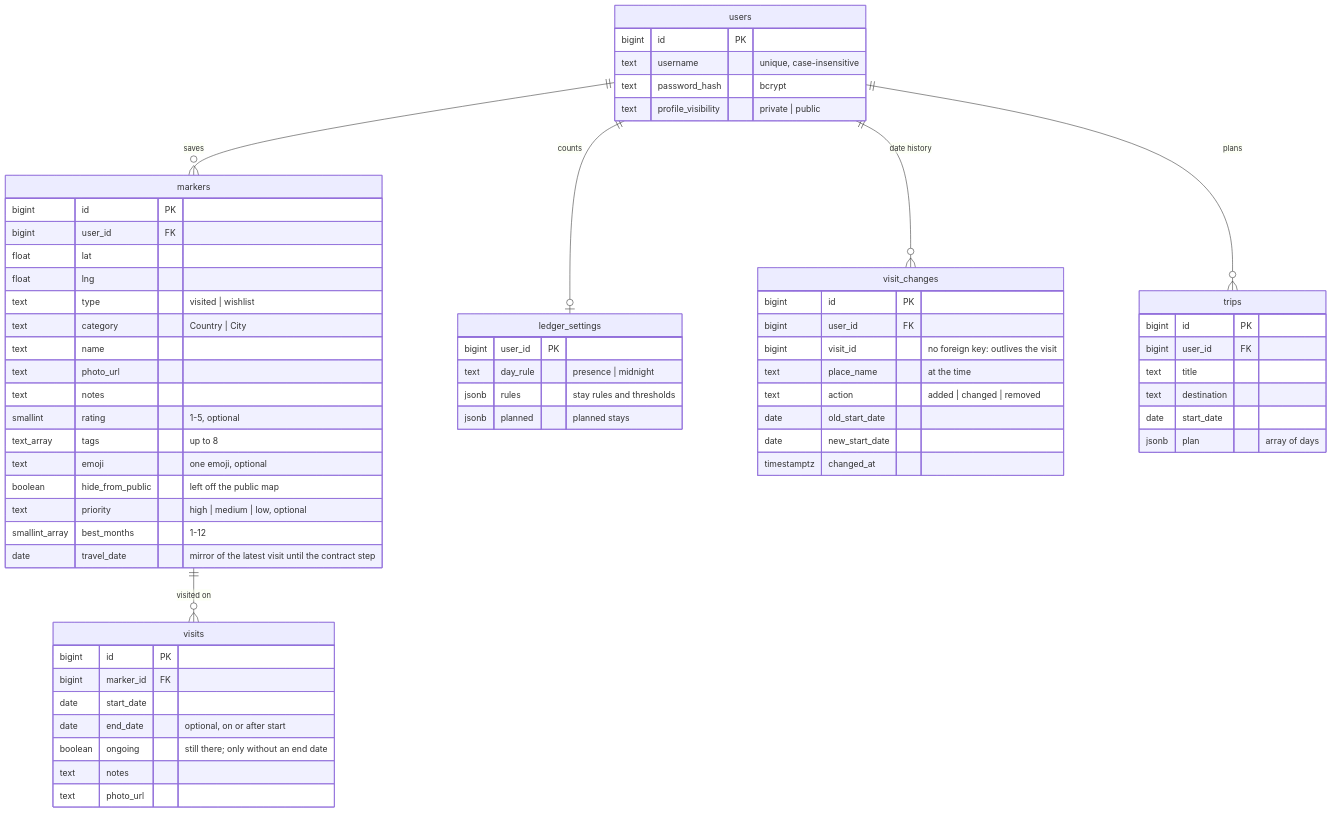
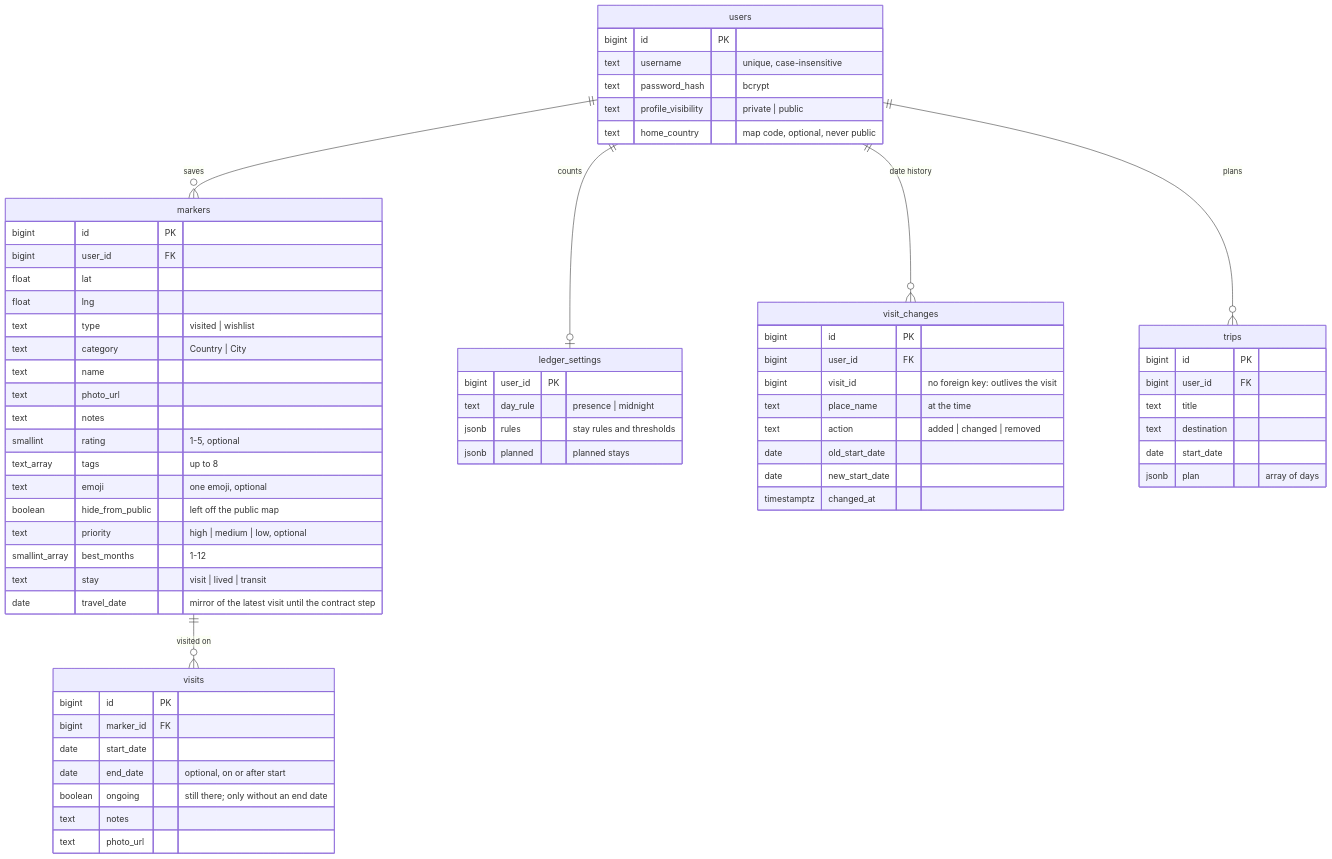
Before and after one commit to chefzaid/travelmapster: the diagram in docs/data-model.md, drawn with Mermaid. The commit also changed other lines of this file and 32 other files, not shown here.

First line of the commit message:
Mark a home country, places lived in and transit-only layovers, drawn and counted apart

````diff
--- a/docs/data-model.md
+++ b/docs/data-model.md
@@ -8,65 +8,67 @@
 ```mermaid
 erDiagram
     users ||--o{ markers : saves
     markers ||--o{ visits : "visited on"
     users ||--o| ledger_settings : counts
     users ||--o{ visit_changes : "date history"
     users ||--o{ trips : plans
     users {
         bigint id PK
         text username "unique, case-insensitive"
         text password_hash "bcrypt"
         text profile_visibility "private | public"
+        text home_country "map code, optional, never public"
     }
     markers {
         bigint id PK
         bigint user_id FK
         float lat
         float lng
         text type "visited | wishlist"
         text category "Country | City"
         text name
         text photo_url
         text notes
         smallint rating "1-5, optional"
         text_array tags "up to 8"
         text emoji "one emoji, optional"
         boolean hide_from_public "left off the public map"
         text priority "high | medium | low, optional"
         smallint_array best_months "1-12"
+        text stay "visit | lived | transit"
         date travel_date "mirror of the latest visit until the contract step"
     }
     visits {
         bigint id PK
         bigint marker_id FK
         date start_date
         date end_date "optional, on or after start"
         boolean ongoing "still there; only without an end date"
         text notes
         text photo_url
     }
     ledger_settings {
         bigint user_id PK
         text day_rule "presence | midnight"
         jsonb rules "stay rules and thresholds"
         jsonb planned "planned stays"
     }
     visit_changes {
         bigint id PK
         bigint user_id FK
         bigint visit_id "no foreign key: outlives the visit"
         text place_name "at the time"
         text action "added | changed | removed"
         date old_start_date
         date new_start_date
         timestamptz changed_at
     }
     trips {
         bigint id PK
         bigint user_id FK
         text title
         text destination
         date start_date
         jsonb plan "array of days"
     }
 ```
````
